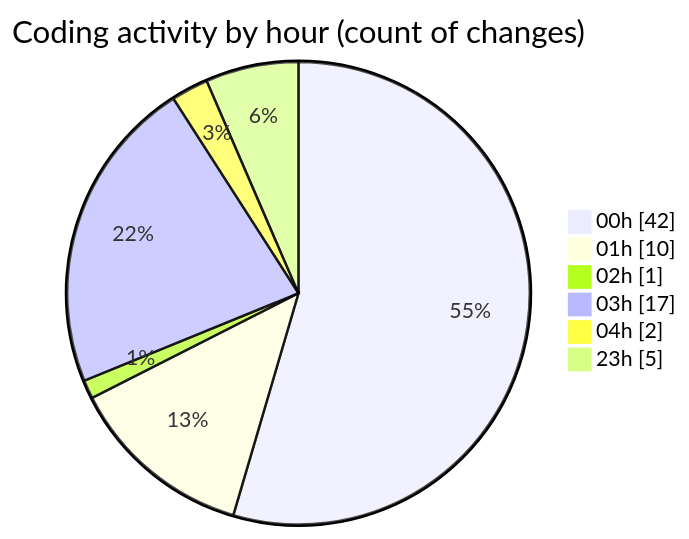
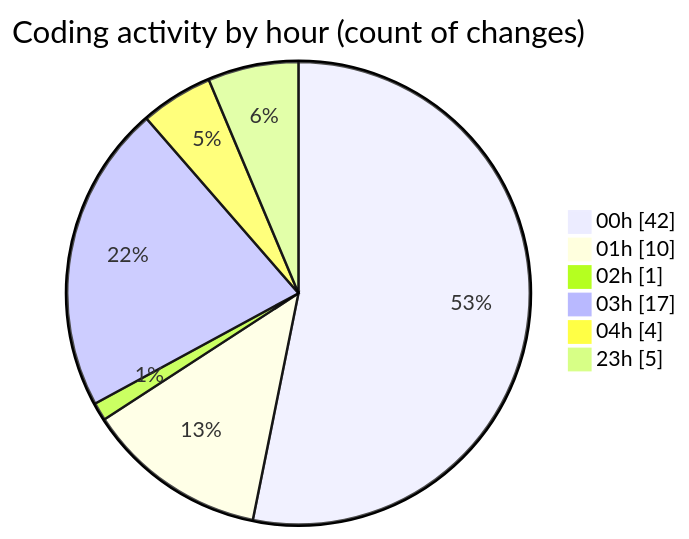
One commit to julien-gomy/code-tracking changed the second of 2 diagrams in 2025-11-27/eventscop-frontend-guide__workspace_/README.md. Above: the diagram before and after it, drawn with Mermaid. The commit also changed other lines of this file and 1 other file, not shown here.

````diff
--- a/2025-11-27/eventscop-frontend-guide__workspace_/README.md
+++ b/2025-11-27/eventscop-frontend-guide__workspace_/README.md
@@ -49,10 +49,10 @@
 ```mermaid
 pie showData
 title Coding activity by hour (count of changes)
 "00h" : 42
 "01h" : 10
 "02h" : 1
 "03h" : 17
-"04h" : 2
+"04h" : 4
 "23h" : 5
 ```
````
